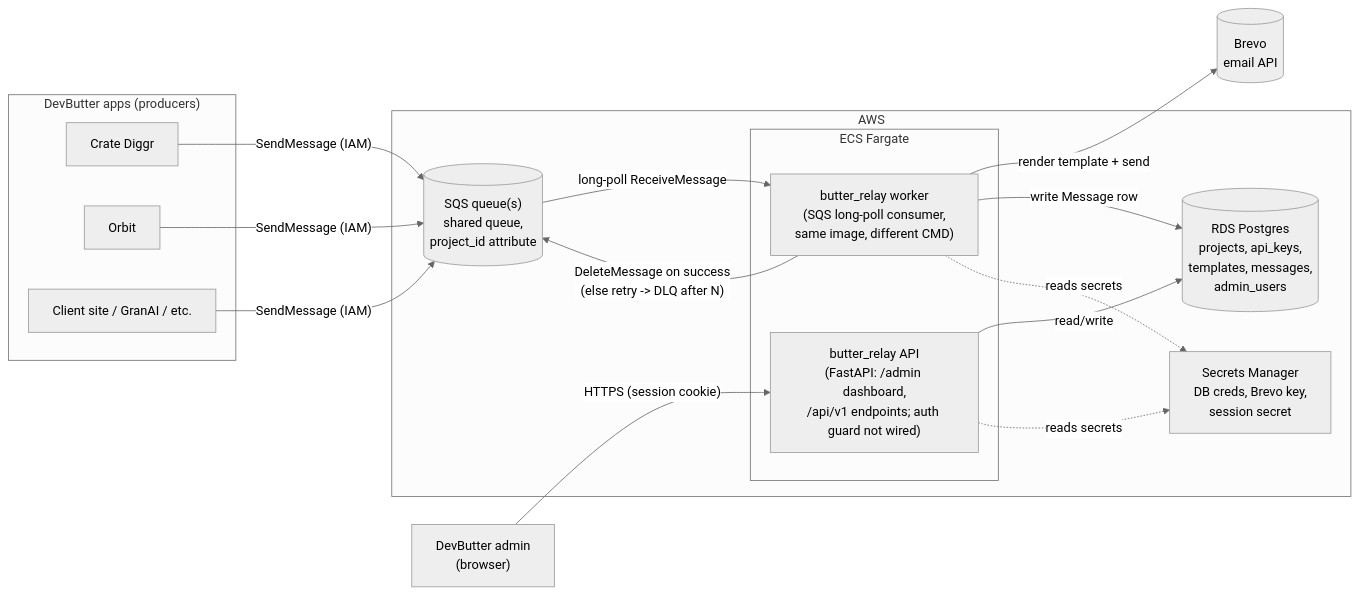
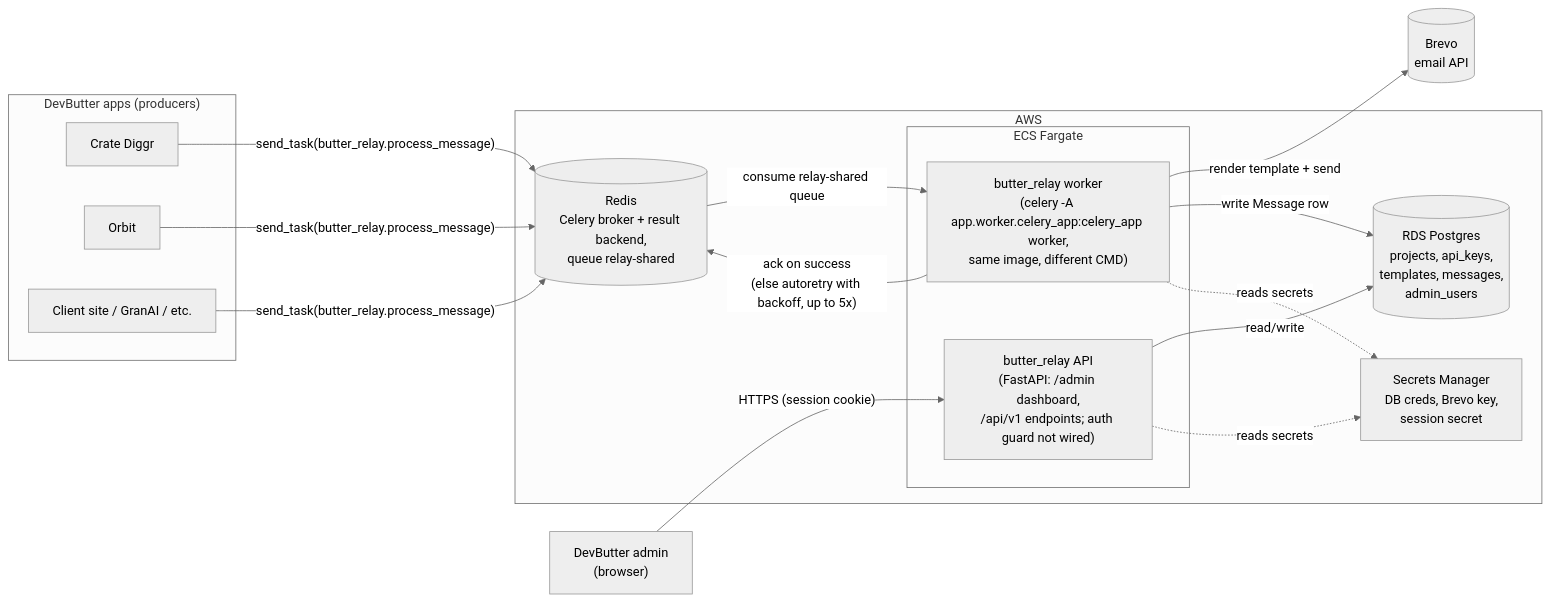
The first of 3 diagrams in README.md (acidevbutter/butter_relay), drawn with Mermaid (neutral theme) before and after one commit. The commit also changed other lines of this file and 21 other files, not shown here.

````diff
--- a/README.md
+++ b/README.md
@@ -18,33 +18,33 @@
 ```mermaid
 flowchart LR
     subgraph Producers["DevButter apps (producers)"]
         A1[Crate Diggr]
         A2[Orbit]
         A3[Client site / GranAI / etc.]
     end
 
     subgraph AWS["AWS"]
-        SQS[("SQS queue(s)\nshared queue,\nproject_id attribute")]
+        Redis[("Redis\nCelery broker + result backend,\nqueue relay-shared")]
         subgraph ECS["ECS Fargate"]
             API["butter_relay API\n(FastAPI: /admin dashboard,\n/api/v1 endpoints; auth guard not wired)"]
-            Worker["butter_relay worker\n(SQS long-poll consumer,\nsame image, different CMD)"]
+            Worker["butter_relay worker\n(celery -A app.worker.celery_app:celery_app worker,\nsame image, different CMD)"]
         end
         RDS[("RDS Postgres\nprojects, api_keys,\ntemplates, messages,\nadmin_users")]
         SM["Secrets Manager\nDB creds, Brevo key,\nsession secret"]
     end
 
     Brevo[("Brevo\nemail API")]
     Admin["DevButter admin\n(browser)"]
 
-    A1 -- "SendMessage (IAM)" --> SQS
-    A2 -- "SendMessage (IAM)" --> SQS
-    A3 -- "SendMessage (IAM)" --> SQS
-    SQS -- "long-poll ReceiveMessage" --> Worker
+    A1 -- "send_task(butter_relay.process_message)" --> Redis
+    A2 -- "send_task(butter_relay.process_message)" --> Redis
+    A3 -- "send_task(butter_relay.process_message)" --> Redis
+    Redis -- "consume relay-shared queue" --> Worker
     Worker -- "render template + send" --> Brevo
     Worker -- "write Message row" --> RDS
-    Worker -- "DeleteMessage on success\n(else retry -> DLQ after N)" --> SQS
+    Worker -- "ack on success\n(else autoretry with backoff, up to 5x)" --> Redis
     Admin -- "HTTPS (session cookie)" --> API
     API -- "read/write" --> RDS
     API -. reads secrets .-> SM
     Worker -. reads secrets .-> SM
 ```
````
